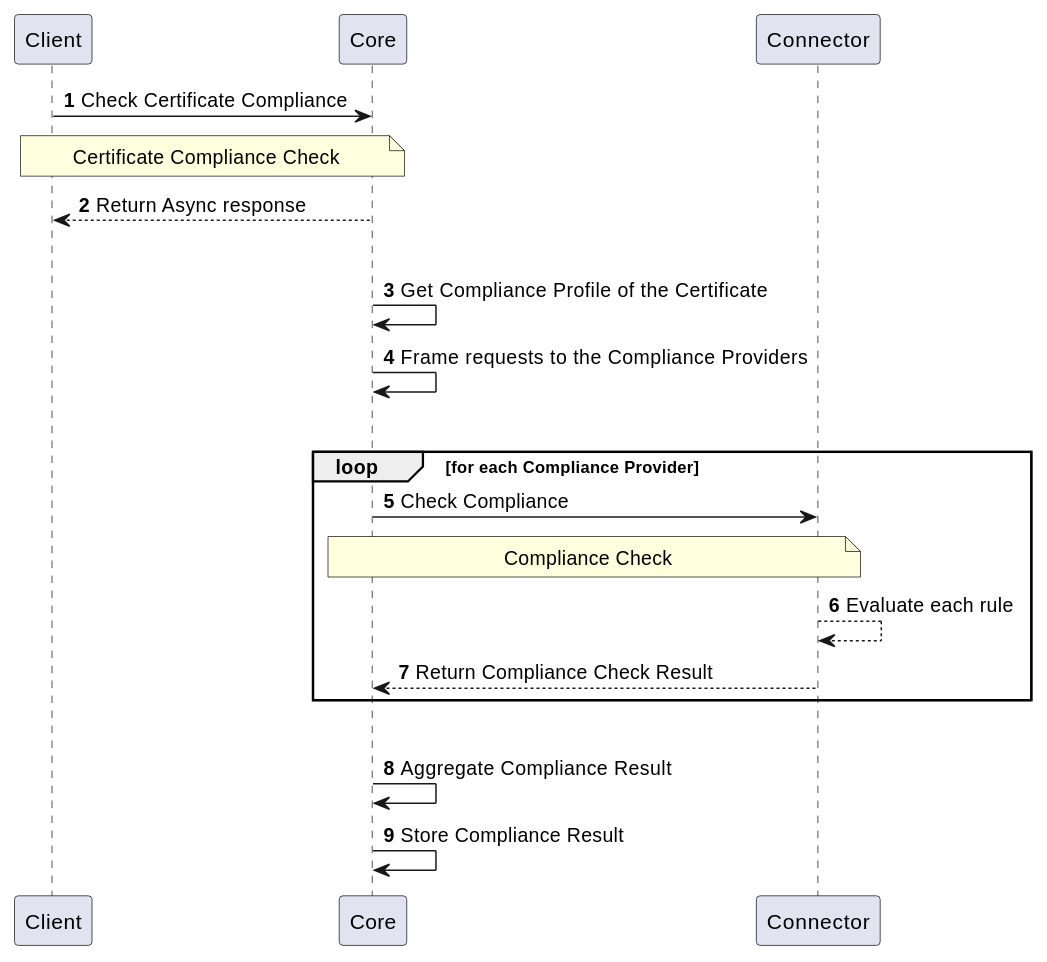
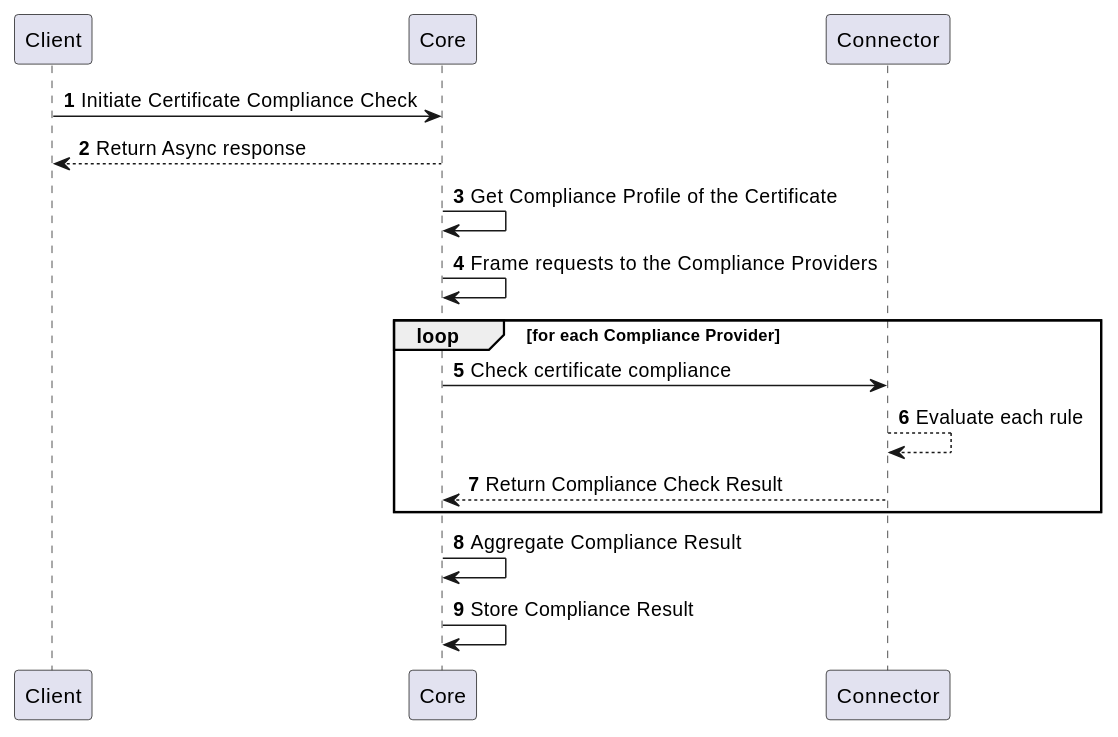
The second of 2 diagrams in docs/12-connectors/05-description/30-compliance-provider.md (CZERTAINLY/CZERTAINLY-Documentation), drawn with PlantUML before and after one commit. The commit also changed other lines of this file and 8 other files, not shown here.

First line of the commit message:
Update description of plantuml diagrams on the providers

````diff
--- a/docs/12-connectors/05-description/30-compliance-provider.md
+++ b/docs/12-connectors/05-description/30-compliance-provider.md
@@ -62,22 +45,17 @@
 ```plantuml
     @startuml
     autonumber
     skinparam topurl https://docs.czertainly.com/api/
-        Client -> Core [[core-certificate/#tag/Certificate-Inventory-API/operation/checkCompliance]]: Check Certificate Compliance
-        note over Client,Core: Certificate Compliance Check
+        Client -> Core [[core-certificate/#tag/Certificate-Inventory-API/operation/checkCompliance]]: Initiate Certificate Compliance Check
         Core --> Client: Return Async response
-        |||
         Core -> Core: Get Compliance Profile of the Certificate
         Core -> Core: Frame requests to the Compliance Providers
-        |||
         loop for each Compliance Provider
-            Core -> Connector [[connector-compliance-provider/#tag/Compliance-API/operation/checkCompliance]]: Check Compliance
-            note over Core,Connector: Compliance Check
+            Core -> Connector [[connector-compliance-provider/#tag/Compliance-API/operation/checkCompliance]]: Check certificate compliance
             Connector --> Connector: Evaluate each rule
             Connector --> Core: Return Compliance Check Result
         end
-        |||
         Core -> Core: Aggregate Compliance Result
         Core -> Core: Store Compliance Result
     @enduml
 ```
````
